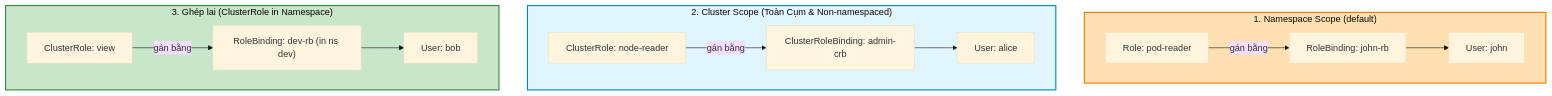
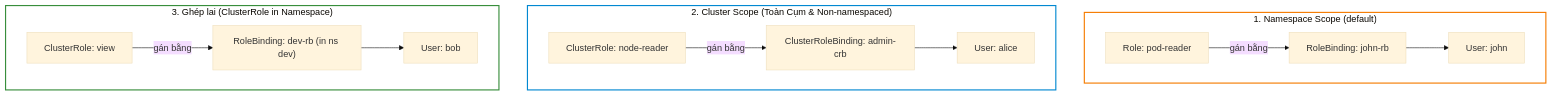
One commit to kiennt308/ntk changed the first of 3 diagrams in _posts/2026-09-12-cka-10-10-rbac-vai-va-rang-buoc.md. Above: the diagram before and after it, drawn with Mermaid (base theme). The commit also changed other lines of this file and 207 other files, not shown here.

Commit message:
feat(posts): batch standardize all 208 posts with TL;DR, qa-card accordion, fill:none mermaid, and liquid raw wrappers

````diff
--- a/_posts/2026-09-12-cka-10-10-rbac-vai-va-rang-buoc.md
+++ b/_posts/2026-09-12-cka-10-10-rbac-vai-va-rang-buoc.md
@@ -156,21 +160,21 @@
 ```mermaid
 graph TD
     subgraph Namespace_Scope ["1. Namespace Scope (default)"]
         ROLE["Role: pod-reader"] -->|gán bằng| RB["RoleBinding: john-rb"]
         RB --> USER1["User: john"]
     end
 
     subgraph Cluster_Scope ["2. Cluster Scope (Toàn Cụm & Non-namespaced)"]
         CROLE["ClusterRole: node-reader"] -->|gán bằng| CRB["ClusterRoleBinding: admin-crb"]
         CRB --> USER2["User: alice"]
     end
 
     subgraph Cross_Scope ["3. Ghép lai (ClusterRole in Namespace)"]
         CROLE2["ClusterRole: view"] -->|gán bằng| RB2["RoleBinding: dev-rb (in ns dev)"]
         RB2 --> USER3["User: bob"]
     end
 
-    style Namespace_Scope fill:#ffe0b2,stroke:#f57c00,stroke-width:2px
-    style Cluster_Scope fill:#e1f5fe,stroke:#0288d1,stroke-width:2px
-    style Cross_Scope fill:#c8e6c9,stroke:#388e3c,stroke-width:2px
+    style Namespace_Scope fill:none,stroke:#f57c00,stroke-width:2px
+    style Cluster_Scope fill:none,stroke:#0288d1,stroke-width:2px
+    style Cross_Scope fill:none,stroke:#388e3c,stroke-width:2px
 ```
````
